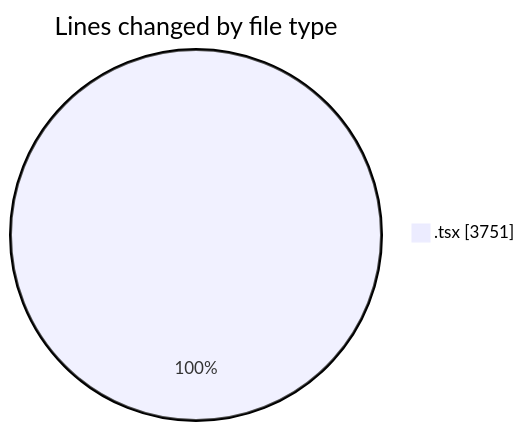
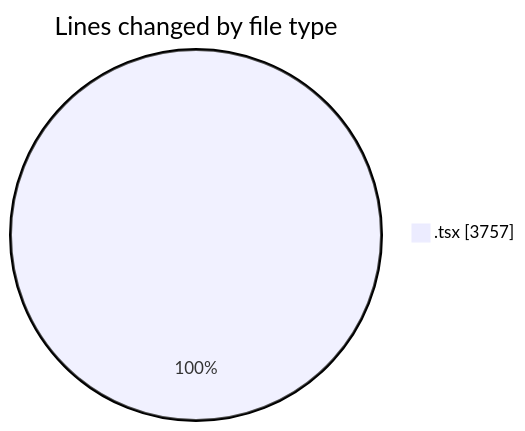
The first of 2 diagrams in 2026-04-01/nxtqube_webapp/README.md (nxtqubesakshisongat/code-tracking), drawn with Mermaid before and after one commit. The commit also changed other lines of this file and 1 other file, not shown here.

````diff
--- a/2026-04-01/nxtqube_webapp/README.md
+++ b/2026-04-01/nxtqube_webapp/README.md
@@ -21,5 +21,5 @@
 ```mermaid
 pie showData
 title Lines changed by file type
-".tsx" : 3751
+".tsx" : 3757
 ```
````
